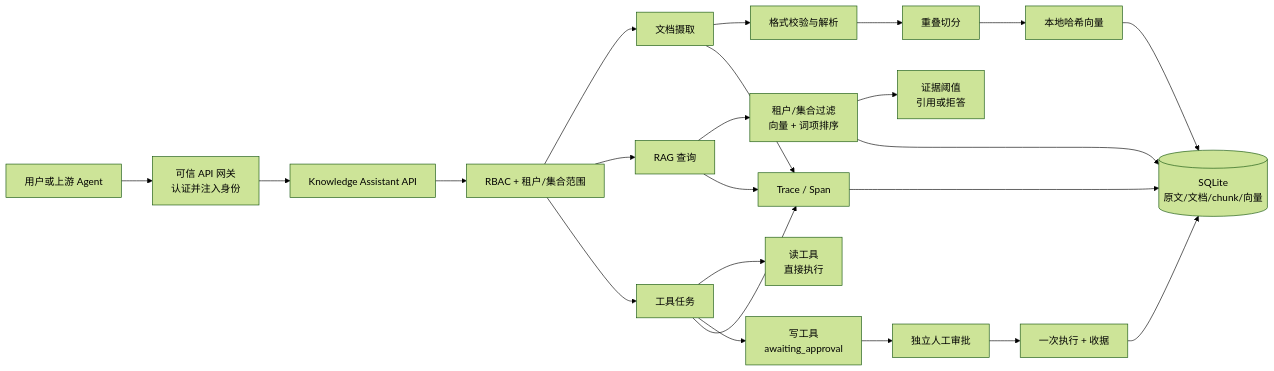
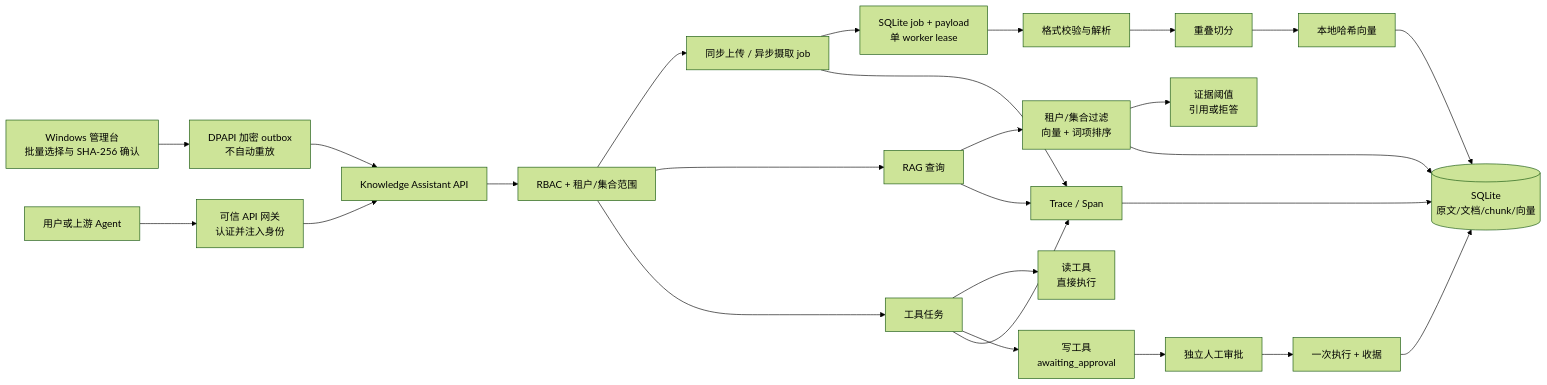
One commit to chenxl6822/Table-Miku changed the first of 4 diagrams in docs/KNOWLEDGE_ASSISTANT_2.md. Above: the diagram before and after it, drawn with Mermaid (forest theme). The commit also changed other lines of this file and 20 other files, not shown here.

````diff
--- a/docs/KNOWLEDGE_ASSISTANT_2.md
+++ b/docs/KNOWLEDGE_ASSISTANT_2.md
@@ -34,30 +35,33 @@
 ```mermaid
 flowchart LR
     U["用户或上游 Agent"] --> G["可信 API 网关\n认证并注入身份"]
+    DESKTOP["Windows 管理台\n批量选择与 SHA-256 确认"] --> OUTBOX["DPAPI 加密 outbox\n不自动重放"]
+    OUTBOX --> API
     G --> API["Knowledge Assistant API"]
 
     API --> AUTH["RBAC + 租户/集合范围"]
-    AUTH --> INGEST["文档摄取"]
+    AUTH --> INGEST["同步上传 / 异步摄取 job"]
     AUTH --> RAG["RAG 查询"]
     AUTH --> TASK["工具任务"]
 
-    INGEST --> PARSE["格式校验与解析"]
+    INGEST --> QUEUE["SQLite job + payload\n单 worker lease"]
+    QUEUE --> PARSE["格式校验与解析"]
     PARSE --> CHUNK["重叠切分"]
     CHUNK --> EMBED["本地哈希向量"]
     EMBED --> DB[("SQLite\n原文/文档/chunk/向量")]
 
     RAG --> RETRIEVE["租户/集合过滤\n向量 + 词项排序"]
     RETRIEVE --> GROUND["证据阈值\n引用或拒答"]
     RETRIEVE --> DB
 
     TASK --> READ["读工具\n直接执行"]
     TASK --> APPROVAL["写工具\nawaiting_approval"]
     APPROVAL --> HUMAN["独立人工审批"]
     HUMAN --> ONCE["一次执行 + 收据"]
     ONCE --> DB
 
     INGEST --> TRACE["Trace / Span"]
     RAG --> TRACE
     TASK --> TRACE
     TRACE --> DB
 ```
````
